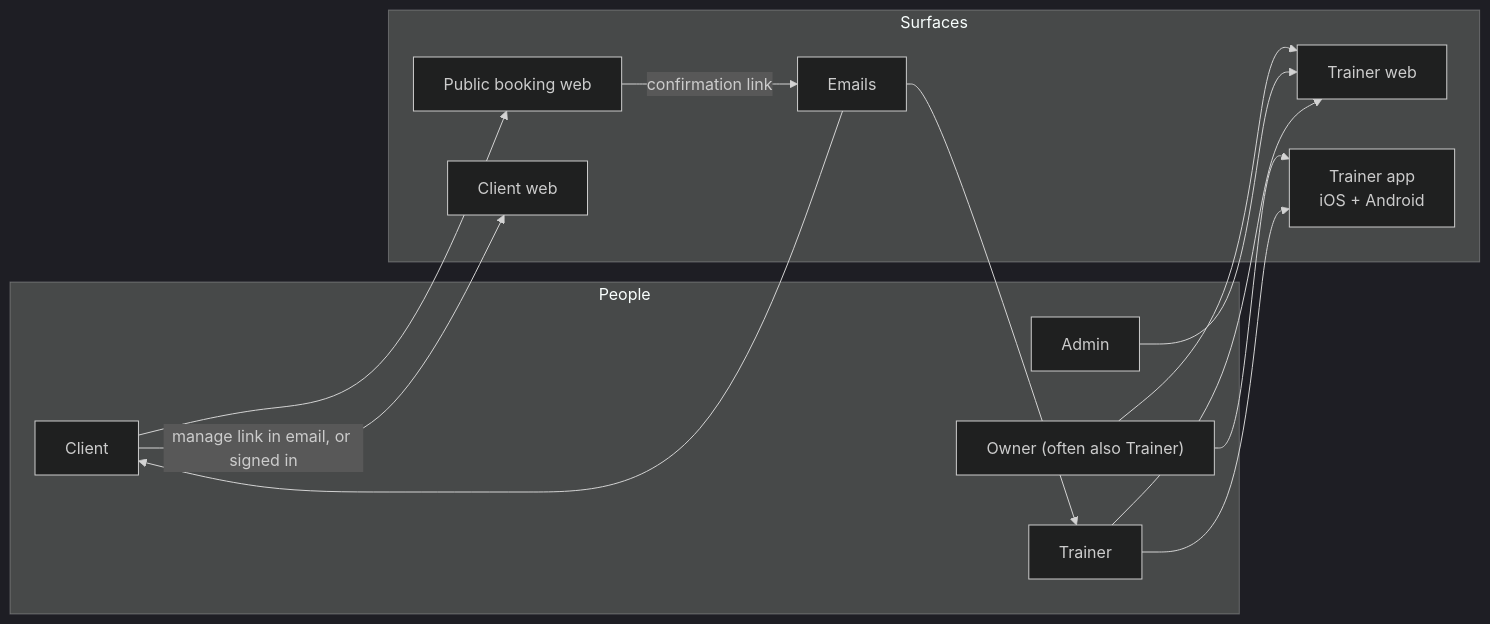
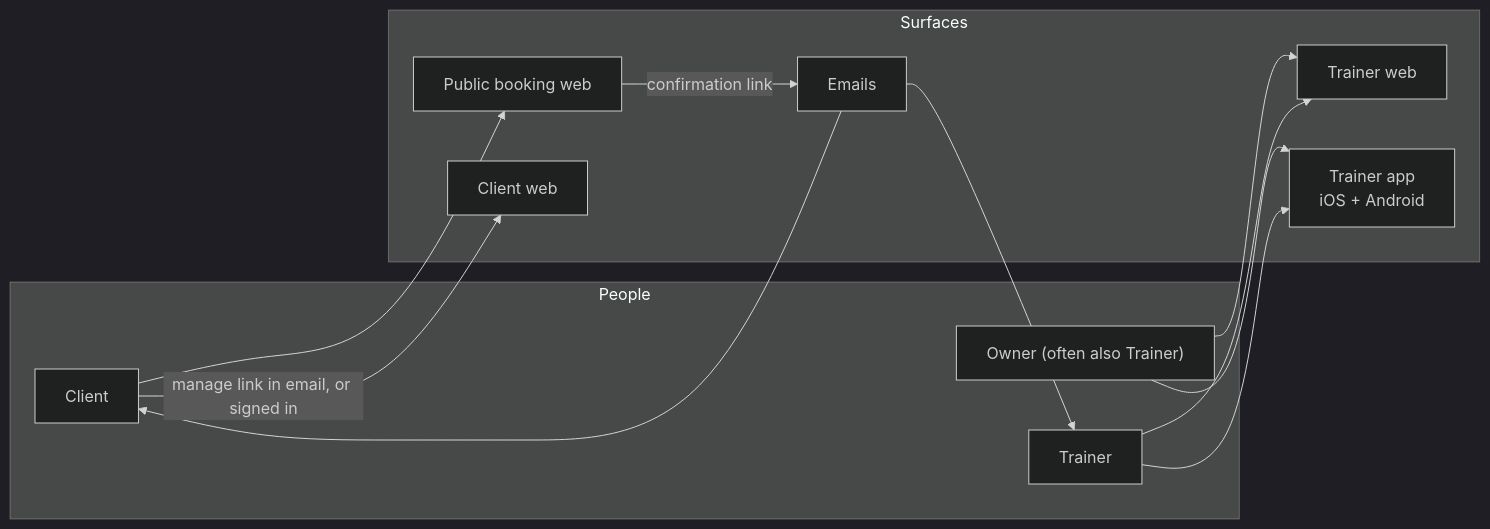
The first of 5 diagrams in docs/design/information-architecture.md (fivvi-app/fivvi), drawn with Mermaid (dark theme) before and after one commit. The commit also changed other lines of this file and 23 other files, not shown here.

````diff
--- a/docs/design/information-architecture.md
+++ b/docs/design/information-architecture.md
@@ -35,26 +35,24 @@
 ```mermaid
 flowchart LR
   subgraph People
     O["Owner (often also Trainer)"]
-    A["Admin"]
     T["Trainer"]
     C["Client"]
   end
   subgraph Surfaces
     TW["Trainer web"]
     TM["Trainer app<br/>iOS + Android"]
     PB["Public booking web"]
     CW["Client web"]
     EM["Emails"]
   end
   O --> TW
   O --> TM
-  A --> TW
   T --> TM
   T --> TW
   C --> PB
   C -- "manage link in email, or signed in" --> CW
   EM --> C
   EM --> T
   PB -- "confirmation link" --> EM
 ```
````
